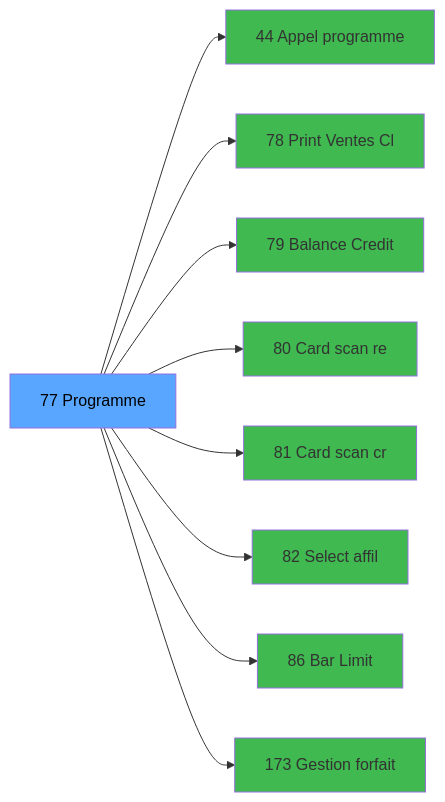
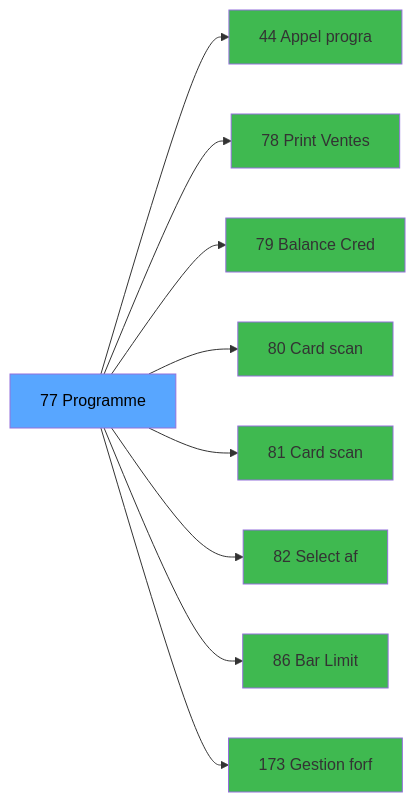
The third of 3 diagrams in .openspec/specs/ADH-IDE-77.md (thonyAGP/magic-migration), drawn with Mermaid before and after one commit. The commit also changed other lines of this file and 323 other files, not shown here.

````diff
--- a/.openspec/specs/ADH-IDE-77.md
+++ b/.openspec/specs/ADH-IDE-77.md
@@ -124,29 +153,29 @@
 ```mermaid
 graph LR
     T[77 Programme]
-    C44[44 Appel programme]
+    C44[44 Appel progra]
     T --> C44
-    C78[78 Print Ventes Cl]
+    C78[78 Print Ventes]
     T --> C78
-    C79[79 Balance Credit ]
+    C79[79 Balance Cred]
     T --> C79
-    C80[80    Card scan re]
+    C80[80    Card scan]
     T --> C80
-    C81[81    Card scan cr]
+    C81[81    Card scan]
     T --> C81
-    C82[82    Select affil]
+    C82[82    Select af]
     T --> C82
     C86[86 Bar Limit]
     T --> C86
-    C173[173 Gestion forfait]
+    C173[173 Gestion forf]
     T --> C173
     style T fill:#58a6ff,color:#000
     style C44 fill:#3fb950
     style C78 fill:#3fb950
     style C79 fill:#3fb950
     style C80 fill:#3fb950
     style C81 fill:#3fb950
     style C82 fill:#3fb950
     style C86 fill:#3fb950
     style C173 fill:#3fb950
 ```
````
